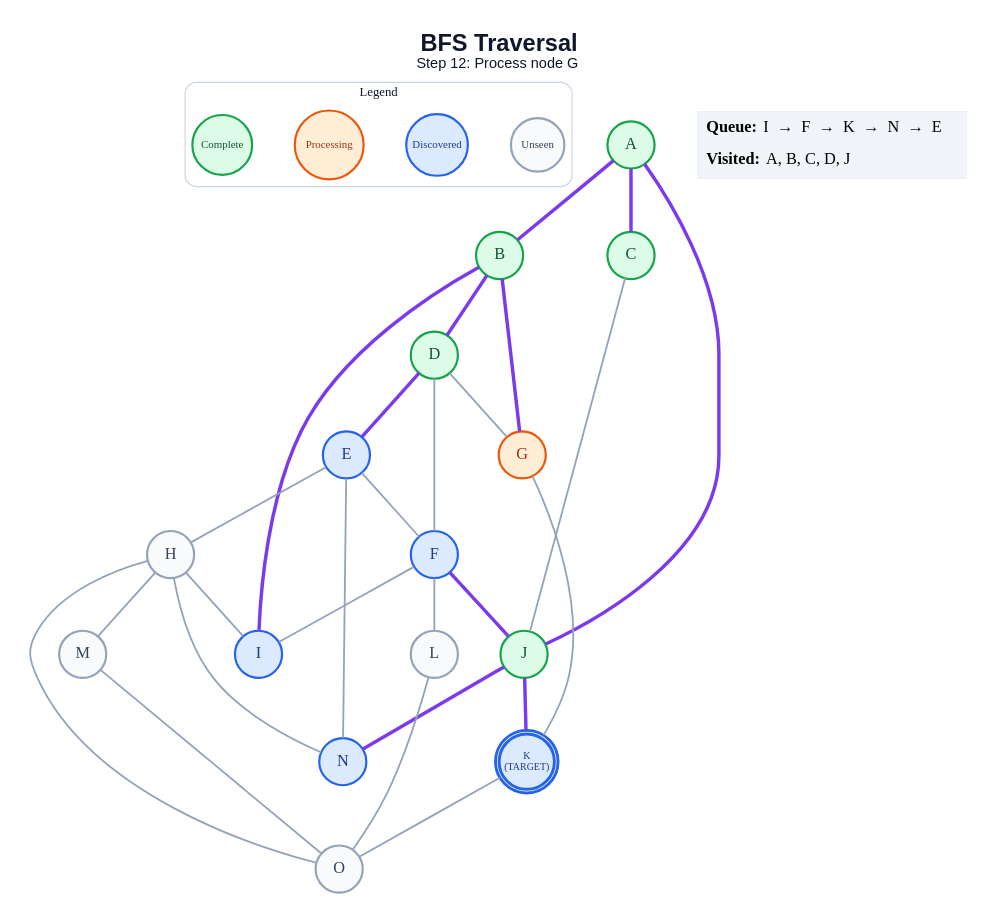
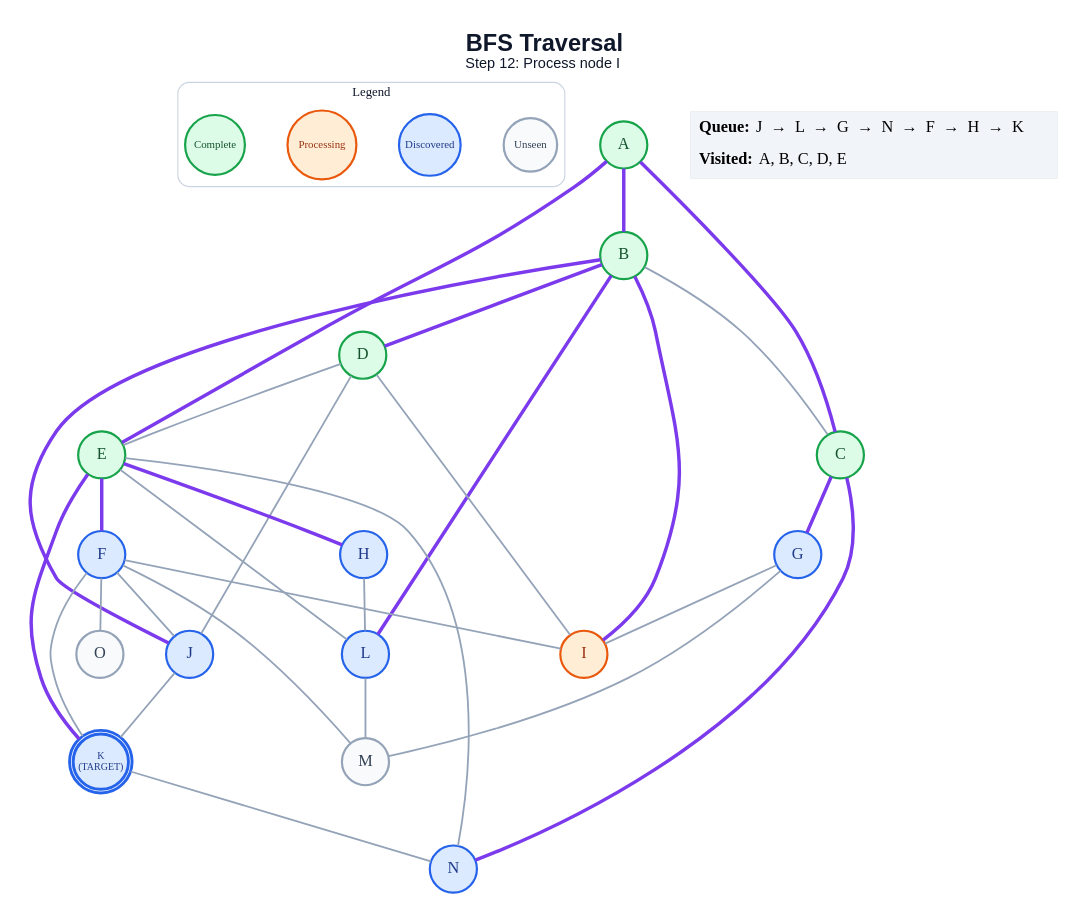
Before and after one commit to anon7238593-create/ai-slop: the diagram in generated/bfs/step_12.dot, drawn with Graphviz. The commit also changed 243 other files, not shown here.

```diff
--- a/generated/bfs/step_12.dot
+++ b/generated/bfs/step_12.dot
@@ -1,60 +1,63 @@
 graph traversal {
   graph [layout=dot, rankdir=TB, bgcolor="#FFFFFF", pad="0.35", nodesep="0.65", ranksep="0.8", fontname="Arial"];
   node [shape=circle, style="filled", fontname="Arial Bold", fontsize=18, width=0.72, fixedsize=true, penwidth=2.4];
   edge [color="#94A3B8", penwidth=2.0];
-  label=<<B>BFS Traversal</B><BR/><FONT POINT-SIZE="16">Step 12: Process node G</FONT>>; labelloc="t"; fontsize=26; fontname="Arial"; fontcolor="#0F172A";
+  label=<<B>BFS Traversal</B><BR/><FONT POINT-SIZE="16">Step 12: Process node I</FONT>>; labelloc="t"; fontsize=26; fontname="Arial"; fontcolor="#0F172A";
   subgraph cluster_legend { label="Legend"; color="#CBD5E1"; penwidth=1.2; style="rounded"; fontsize=14; fontname="Arial Bold";
     key_unseen [label="Unseen", fillcolor="#F8FAFC", color="#94A3B8", fontcolor="#334155", fontsize=12, width=0.82];
     key_frontier [label="Discovered", fillcolor="#DBEAFE", color="#2563EB", fontcolor="#1E3A8A", fontsize=12, width=0.95];
     key_current [label="Processing", fillcolor="#FFEDD5", color="#EA580C", fontcolor="#9A3412", fontsize=12, width=1.05];
     key_done [label="Complete", fillcolor="#DCFCE7", color="#16A34A", fontcolor="#14532D", fontsize=12, width=0.92];
     { rank=same; key_unseen; key_frontier; key_current; key_done; }
   }
   A [label="A", fillcolor="#DCFCE7", color="#16A34A", fontcolor="#14532D", peripheries=1, penwidth=2.4];
   B [label="B", fillcolor="#DCFCE7", color="#16A34A", fontcolor="#14532D", peripheries=1, penwidth=2.4];
   C [label="C", fillcolor="#DCFCE7", color="#16A34A", fontcolor="#14532D", peripheries=1, penwidth=2.4];
   D [label="D", fillcolor="#DCFCE7", color="#16A34A", fontcolor="#14532D", peripheries=1, penwidth=2.4];
-  E [label="E", fillcolor="#DBEAFE", color="#2563EB", fontcolor="#1E3A8A", peripheries=1, penwidth=2.4];
+  E [label="E", fillcolor="#DCFCE7", color="#16A34A", fontcolor="#14532D", peripheries=1, penwidth=2.4];
   F [label="F", fillcolor="#DBEAFE", color="#2563EB", fontcolor="#1E3A8A", peripheries=1, penwidth=2.4];
-  G [label="G", fillcolor="#FFEDD5", color="#EA580C", fontcolor="#9A3412", peripheries=1, penwidth=2.4];
-  H [label="H", fillcolor="#F8FAFC", color="#94A3B8", fontcolor="#334155", peripheries=1, penwidth=2.4];
-  I [label="I", fillcolor="#DBEAFE", color="#2563EB", fontcolor="#1E3A8A", peripheries=1, penwidth=2.4];
-  J [label="J", fillcolor="#DCFCE7", color="#16A34A", fontcolor="#14532D", peripheries=1, penwidth=2.4];
+  G [label="G", fillcolor="#DBEAFE", color="#2563EB", fontcolor="#1E3A8A", peripheries=1, penwidth=2.4];
+  H [label="H", fillcolor="#DBEAFE", color="#2563EB", fontcolor="#1E3A8A", peripheries=1, penwidth=2.4];
+  I [label="I", fillcolor="#FFEDD5", color="#EA580C", fontcolor="#9A3412", peripheries=1, penwidth=2.4];
+  J [label="J", fillcolor="#DBEAFE", color="#2563EB", fontcolor="#1E3A8A", peripheries=1, penwidth=2.4];
   K [label="K\n(TARGET)", fillcolor="#DBEAFE", color="#2563EB", fontcolor="#1E3A8A", peripheries=2, penwidth=3.2, fontsize=11, width=0.85, height=0.85];
-  L [label="L", fillcolor="#F8FAFC", color="#94A3B8", fontcolor="#334155", peripheries=1, penwidth=2.4];
+  L [label="L", fillcolor="#DBEAFE", color="#2563EB", fontcolor="#1E3A8A", peripheries=1, penwidth=2.4];
   M [label="M", fillcolor="#F8FAFC", color="#94A3B8", fontcolor="#334155", peripheries=1, penwidth=2.4];
   N [label="N", fillcolor="#DBEAFE", color="#2563EB", fontcolor="#1E3A8A", peripheries=1, penwidth=2.4];
   O [label="O", fillcolor="#F8FAFC", color="#94A3B8", fontcolor="#334155", peripheries=1, penwidth=2.4];
   A -- B [color="#7C3AED", penwidth=3.8];
   A -- C [color="#7C3AED", penwidth=3.8];
-  A -- J [color="#7C3AED", penwidth=3.8];
+  A -- E [color="#7C3AED", penwidth=3.8];
+  B -- C;
   B -- D [color="#7C3AED", penwidth=3.8];
-  B -- G [color="#7C3AED", penwidth=3.8];
   B -- I [color="#7C3AED", penwidth=3.8];
-  C -- J;
-  D -- E [color="#7C3AED", penwidth=3.8];
-  D -- F;
-  D -- G;
-  E -- F;
-  E -- H;
+  B -- J [color="#7C3AED", penwidth=3.8];
+  B -- L [color="#7C3AED", penwidth=3.8];
+  C -- G [color="#7C3AED", penwidth=3.8];
+  C -- N [color="#7C3AED", penwidth=3.8];
+  D -- E;
+  D -- I;
+  D -- J;
+  E -- F [color="#7C3AED", penwidth=3.8];
+  E -- H [color="#7C3AED", penwidth=3.8];
+  E -- K [color="#7C3AED", penwidth=3.8];
+  E -- L;
   E -- N;
   F -- I;
-  F -- J [color="#7C3AED", penwidth=3.8];
-  F -- L;
-  G -- K;
-  H -- I;
-  H -- M;
-  H -- N;
-  H -- O;
-  J -- K [color="#7C3AED", penwidth=3.8];
-  J -- N [color="#7C3AED", penwidth=3.8];
-  K -- O;
-  L -- O;
-  M -- O;
+  F -- J;
+  F -- K;
+  F -- M;
+  F -- O;
+  G -- I;
+  G -- M;
+  H -- L;
+  J -- K;
+  K -- N;
+  L -- M;
   status [shape=plain, fixedsize=false, width=0, height=0, margin=0, label=<
     <TABLE BORDER="0" CELLBORDER="0" CELLPADDING="7" BGCOLOR="#F1F5F9">
-      <TR><TD ALIGN="LEFT"><B>Queue:</B> I  →  F  →  K  →  N  →  E</TD></TR>
-      <TR><TD ALIGN="LEFT"><B>Visited:</B> A, B, C, D, J</TD></TR>
+      <TR><TD ALIGN="LEFT"><B>Queue:</B> J  →  L  →  G  →  N  →  F  →  H  →  K</TD></TR>
+      <TR><TD ALIGN="LEFT"><B>Visited:</B> A, B, C, D, E</TD></TR>
     </TABLE>
   >];
 }
```
